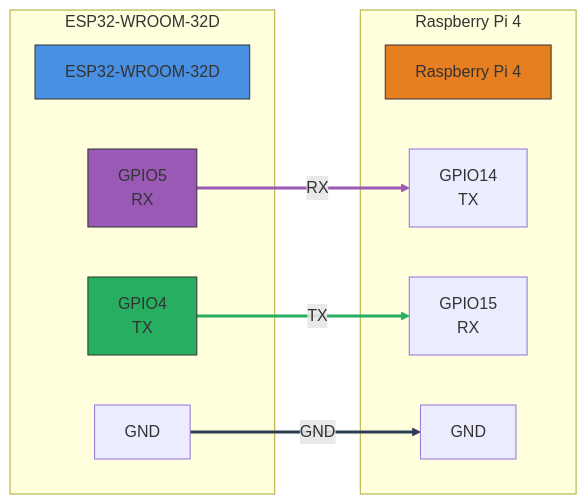
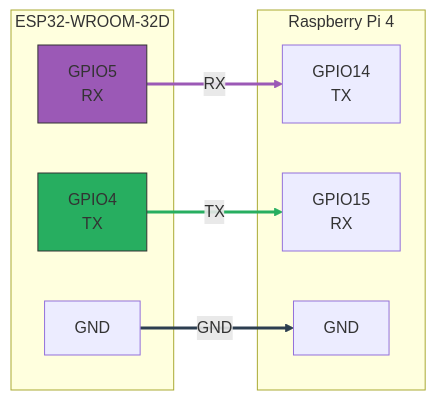
The third of 3 diagrams in README.md (HeyHeyHeyHeyHe/ecg-monitor-rtos-pi), drawn with Mermaid before and after one commit. The commit also changed other lines of this file, not shown here.

Commit message:
feat: Continue updating README.md - Refine diagrams

````diff
--- a/README.md
+++ b/README.md
@@ -109,29 +107,25 @@
   ```mermaid
   graph LR
     subgraph "ESP32-WROOM-32D"
-        ESP[ESP32-WROOM-32D]
         GPIO4[GPIO4\nTX]
         GPIO5[GPIO5\nRX]
         GND1[GND]
     end
 
     subgraph "Raspberry Pi 4"
-        Pi[Raspberry Pi 4]
         GPIO14[GPIO14\nTX]
         GPIO15[GPIO15\nRX]
         GND2[GND]
     end
 
     GPIO4 -->|"TX"| GPIO15
     GPIO5 -->|"RX"| GPIO14
     GND1 -->|"GND"| GND2
 
-    style ESP fill:#4a90e2,stroke:#333
-    style Pi fill:#e67e22,stroke:#333
     style GPIO4 fill:#27ae60,stroke:#333
     style GPIO5 fill:#9b59b6,stroke:#333
 
     linkStyle 0 stroke:#27ae60,stroke-width:3px
     linkStyle 1 stroke:#9b59b6,stroke-width:3px
     linkStyle 2 stroke:#2c3e50,stroke-width:3px
   ```
````
